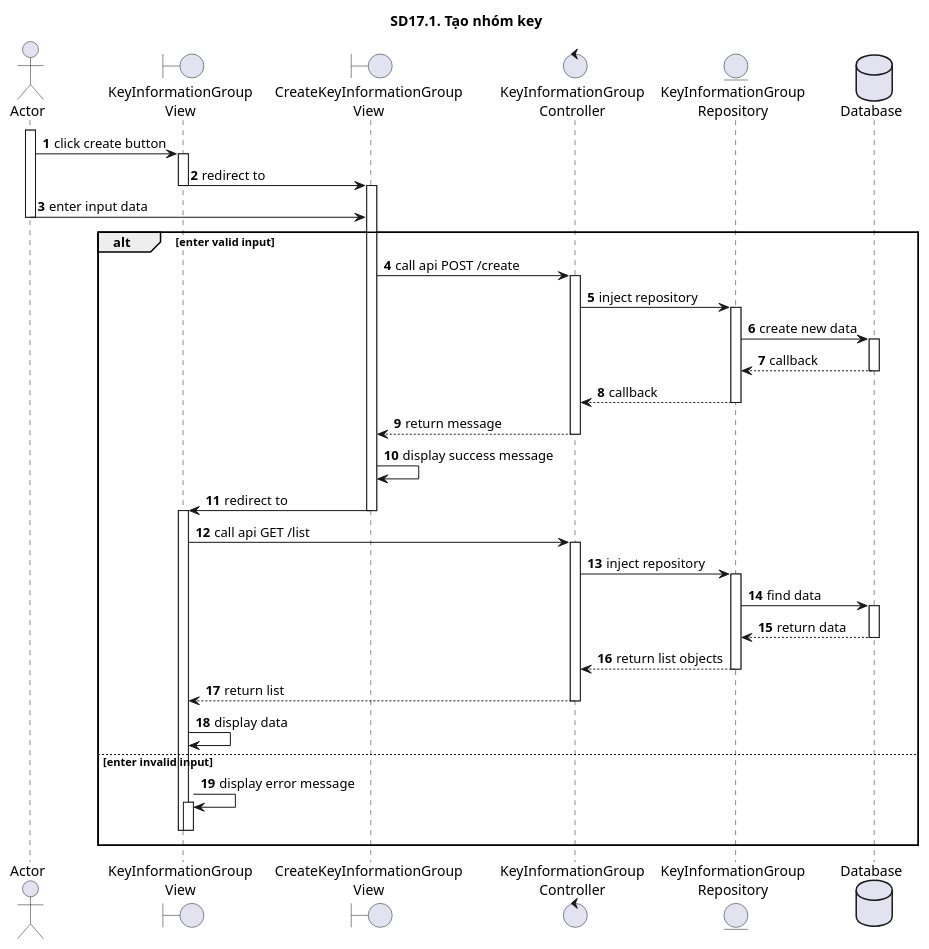
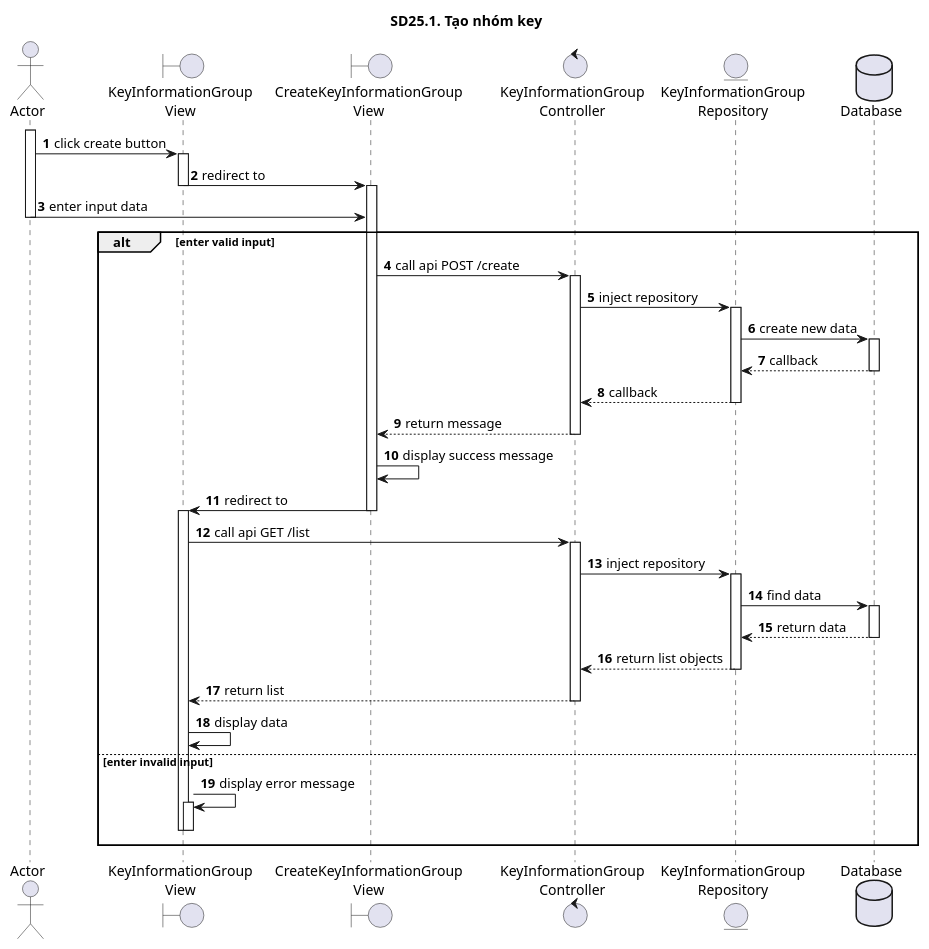
One commit to ITZ-Developers/Finance-UML changed the diagram in 25_QuanLyNhomKey/sd25.1.puml. Above: the diagram before and after it, drawn with PlantUML. The commit also changed 1 other file, not shown here.

```diff
--- a/25_QuanLyNhomKey/sd25.1.puml
+++ b/25_QuanLyNhomKey/sd25.1.puml
@@ -1,54 +1,54 @@
 @startuml SQ
 autonumber
-title SD17.1. Tạo nhóm key
+title SD25.1. Tạo nhóm key
 actor "Actor" as actor
 boundary "KeyInformationGroup\nView" as view
 boundary "CreateKeyInformationGroup\nView" as create
 control "KeyInformationGroup\nController" as controller
 entity "KeyInformationGroup\nRepository" as model
 database "Database" as database
 activate actor
 actor -> view: click create button
 activate view
 view -> create: redirect to
 deactivate view
 activate create
 actor -> create: enter input data
 deactivate actor
 alt enter valid input
 create -> controller: call api POST /create
 activate controller
 controller -> model: inject repository
 activate model
 model -> database: create new data
 activate database
 database --> model: callback
 deactivate database
 model --> controller: callback
 deactivate model
 controller --> create: return message
 deactivate controller
 create -> create: display success message
 create -> view: redirect to
 deactivate create
 activate view
 view -> controller: call api GET /list
 activate controller
 controller -> model: inject repository
 activate model
 model -> database: find data
 activate database
 database --> model: return data
 deactivate database
 model --> controller: return list objects
 deactivate model
 controller --> view: return list
 deactivate controller
 view -> view: display data
 else enter invalid input
 view -> view: display error message
 activate view
 deactivate view
 deactivate view
 end
 @enduml
```
